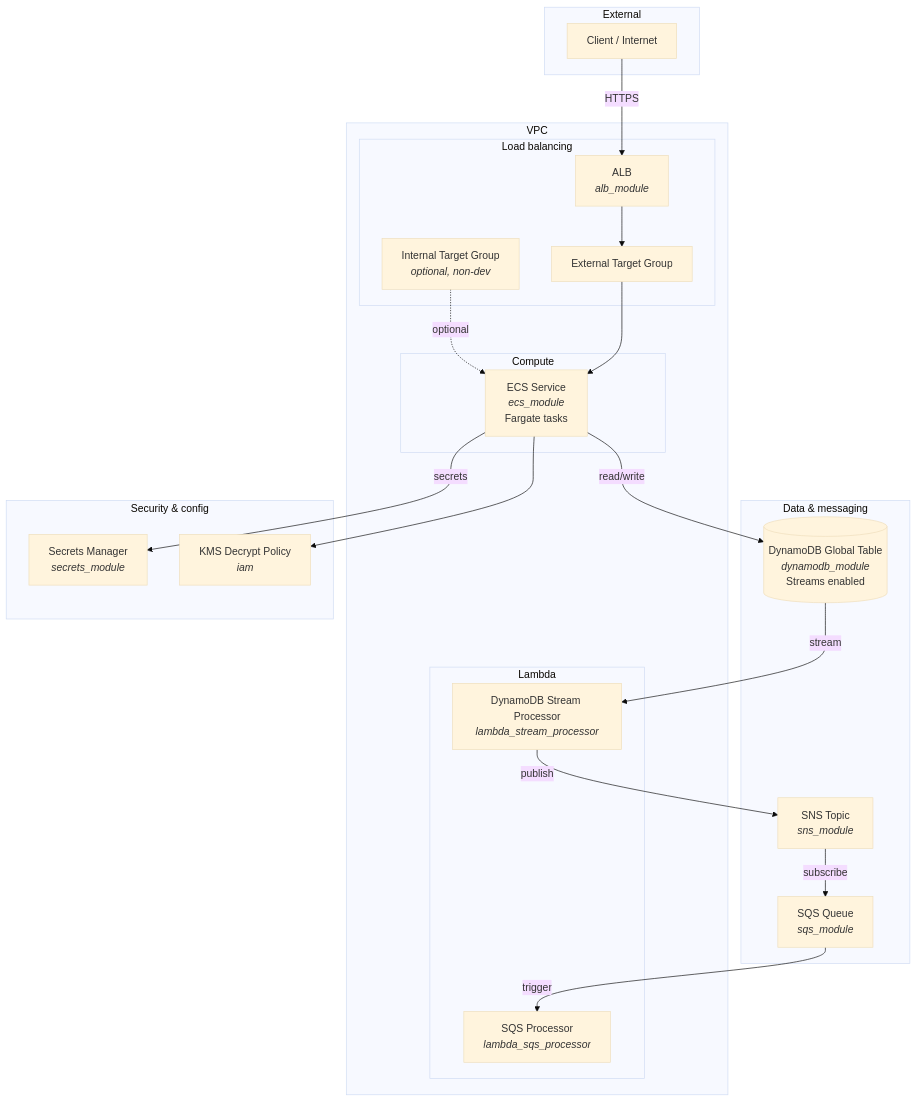
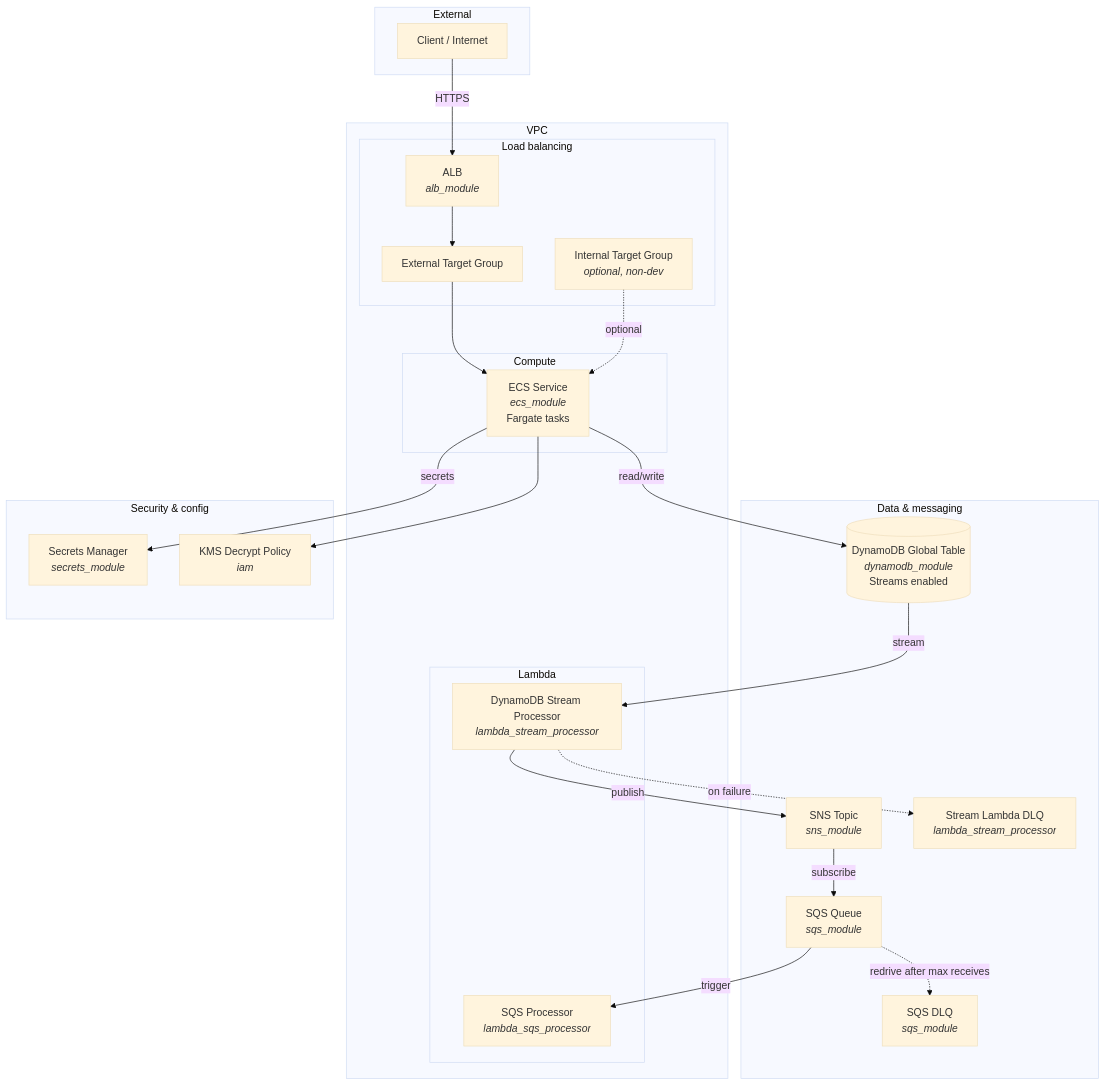
The diagram in architecture.md (Lalitha-SR/training1), drawn with Mermaid (base theme) before and after one commit. The commit also changed other lines of this file, not shown here.

First line of the commit message:
Update architecture.md with DLQ details

````diff
--- a/architecture.md
+++ b/architecture.md
@@ -7,48 +7,52 @@
 ```mermaid
 flowchart TB
     subgraph External["External"]
         Client["Client / Internet"]
     end
 
     subgraph Network["VPC"]
         subgraph LoadBalancing["Load balancing"]
             ALB["ALB<br/><i>alb_module</i>"]
             ExtTG["External Target Group"]
             IntTG["Internal Target Group<br/><i>optional, non-dev</i>"]
         end
 
         subgraph Compute["Compute"]
             ECS["ECS Service<br/><i>ecs_module</i><br/>Fargate tasks"]
         end
 
         subgraph Lambdas["Lambda"]
             LambdaStream["DynamoDB Stream Processor<br/><i>lambda_stream_processor</i>"]
             LambdaSQS["SQS Processor<br/><i>lambda_sqs_processor</i>"]
         end
     end
 
     subgraph Data["Data & messaging"]
         DynamoDB[("DynamoDB Global Table<br/><i>dynamodb_module</i><br/>Streams enabled")]
         SNS["SNS Topic<br/><i>sns_module</i>"]
         SQS["SQS Queue<br/><i>sqs_module</i>"]
+        SQS_DLQ["SQS DLQ<br/><i>sqs_module</i>"]
+        Stream_DLQ["Stream Lambda DLQ<br/><i>lambda_stream_processor</i>"]
     end
 
     subgraph Security["Security & config"]
         Secrets["Secrets Manager<br/><i>secrets_module</i>"]
         KMS["KMS Decrypt Policy<br/><i>iam</i>"]
     end
 
     Client -->|HTTPS| ALB
     ALB --> ExtTG
     ExtTG --> ECS
     IntTG -.->|optional| ECS
 
     ECS -->|read/write| DynamoDB
     ECS -->|secrets| Secrets
     ECS --> KMS
 
     DynamoDB -->|stream| LambdaStream
     LambdaStream -->|publish| SNS
+    LambdaStream -.->|on failure| Stream_DLQ
     SNS -->|subscribe| SQS
     SQS -->|trigger| LambdaSQS
+    SQS -.->|redrive after max receives| SQS_DLQ
 ```
````
